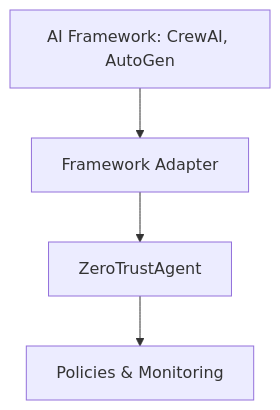
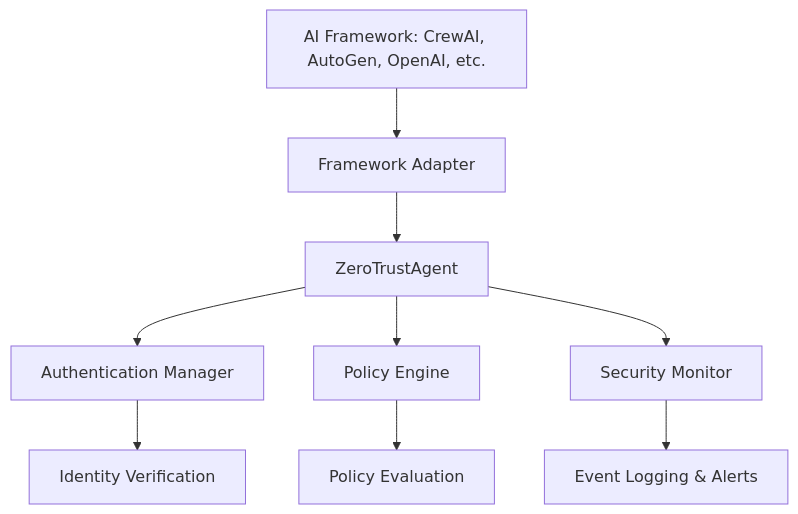
The diagram in README.md (kenhuangus/ZeroTrustAgent), drawn with Mermaid before and after one commit. The commit also changed other lines of this file, not shown here.

````diff
--- a/README.md
+++ b/README.md
@@ -45,6 +189,11 @@
 ```mermaid
 graph TD
-    A[AI Framework: CrewAI, AutoGen] --> B[Framework Adapter]
+    A[AI Framework: CrewAI, AutoGen, OpenAI, etc.] --> B[Framework Adapter]
     B --> C[ZeroTrustAgent]
-    C --> D[Policies & Monitoring]
+    C --> D[Authentication Manager]
+    C --> E[Policy Engine]
+    C --> F[Security Monitor]
+    D --> G[Identity Verification]
+    E --> H[Policy Evaluation]
+    F --> I[Event Logging & Alerts]
 ```
````
